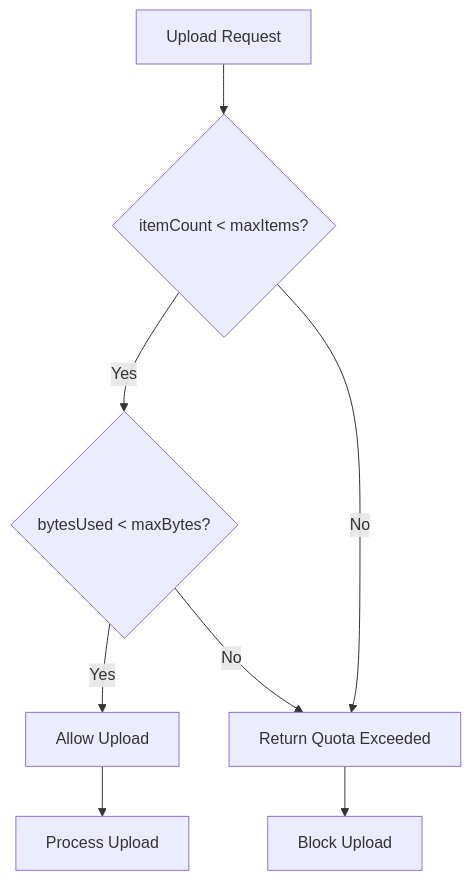
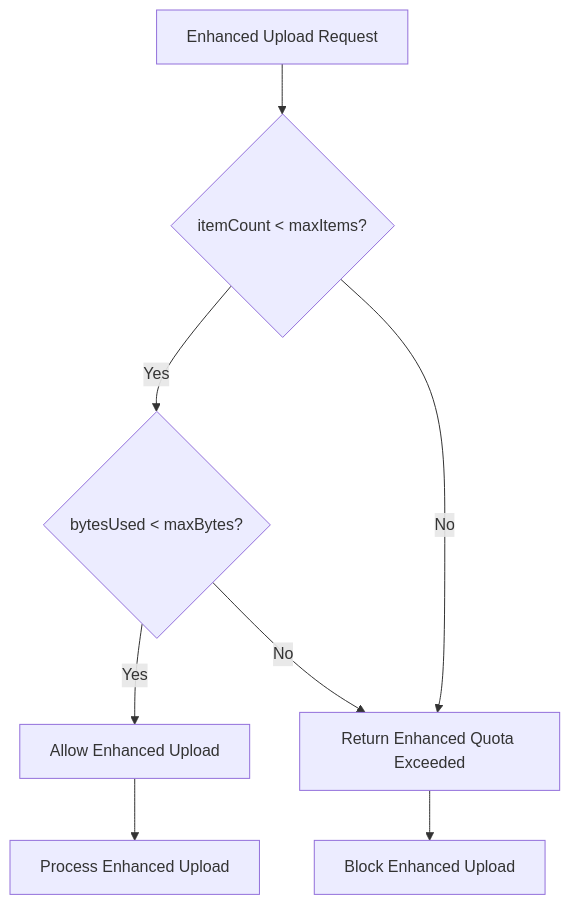
Before and after one commit to JAaron93/StyleSync: diagram 11 of 13 in .qoder/repowiki/en/content/Testing Strategy.md, drawn with Mermaid. The commit also changed other lines of this file and 36 other files, not shown here.

````diff
--- a/.qoder/repowiki/en/content/Testing Strategy.md
+++ b/.qoder/repowiki/en/content/Testing Strategy.md
@@ -456,10 +506,10 @@
 ```mermaid
 flowchart TD
-Start["Upload Request"] --> CheckItemCount{"itemCount < maxItems?"}
+Start["Enhanced Upload Request"] --> CheckItemCount{"itemCount < maxItems?"}
 CheckItemCount --> |Yes| CheckBytes{"bytesUsed < maxBytes?"}
-CheckItemCount --> |No| Exceed["Return Quota Exceeded"]
-CheckBytes --> |Yes| Allow["Allow Upload"]
+CheckItemCount --> |No| Exceed["Return Enhanced Quota Exceeded"]
+CheckBytes --> |Yes| Allow["Allow Enhanced Upload"]
 CheckBytes --> |No| Exceed
-Allow --> Process["Process Upload"]
-Exceed --> Block["Block Upload"]
+Allow --> Process["Process Enhanced Upload"]
+Exceed --> Block["Block Enhanced Upload"]
 ```
````
